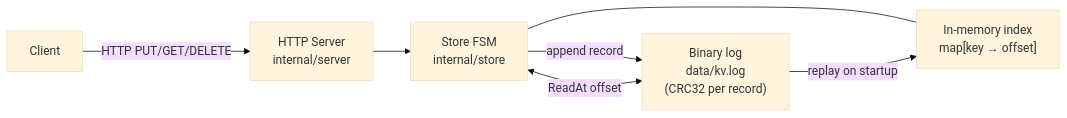
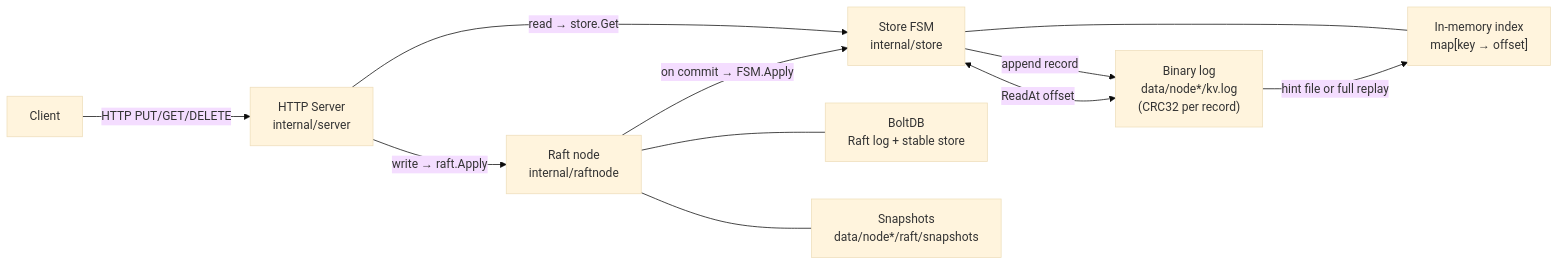
Before and after one commit to steve-weiland/kvstore: the diagram in README.md, drawn with Mermaid (base theme). The commit also changed other lines of this file and 11 other files, not shown here.

Commit message:
step 4: Raft replication via hashicorp/raft, 3-node cluster, leader redirect

````diff
--- a/README.md
+++ b/README.md
@@ -7,9 +7,13 @@
 ```mermaid
 graph LR
     Client -->|HTTP PUT/GET/DELETE| Server["HTTP Server\ninternal/server"]
-    Server --> Store["Store FSM\ninternal/store"]
-    Store -->|append record| Log["Binary log\ndata/kv.log\n(CRC32 per record)"]
+    Server -->|write → raft.Apply| Raft["Raft node\ninternal/raftnode"]
+    Server -->|read → store.Get| Store
+    Raft -->|on commit → FSM.Apply| Store["Store FSM\ninternal/store"]
+    Store -->|append record| Log["Binary log\ndata/node*/kv.log\n(CRC32 per record)"]
     Store <-->|ReadAt offset| Log
     Store --- Index["In-memory index\nmap[key → offset]"]
-    Log -->|replay on startup| Index
+    Log -->|hint file or full replay| Index
+    Raft --- BoltDB["BoltDB\nRaft log + stable store"]
+    Raft --- Snaps["Snapshots\ndata/node*/raft/snapshots"]
 ```
````
